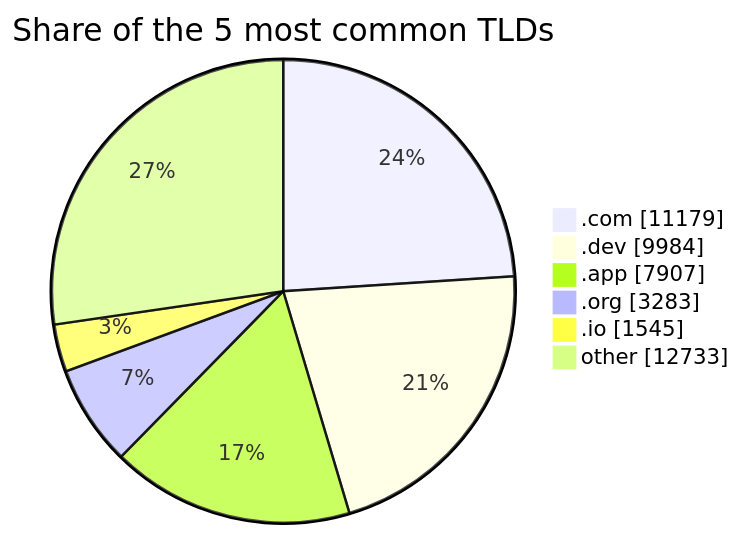
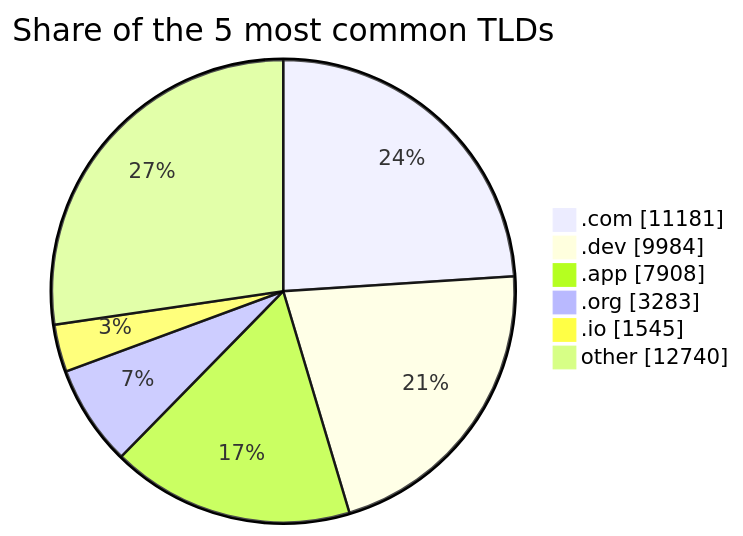
Before and after one commit to DNSBunker/CTI: the third of 3 diagrams in README.md, drawn with Mermaid. The commit also changed other lines of this file and 3 other files, not shown here.

````diff
--- a/README.md
+++ b/README.md
@@ -81,9 +81,9 @@
 ```mermaid
 pie showData title Share of the 5 most common TLDs
-    ".com" : 11179
+    ".com" : 11181
     ".dev" : 9984
-    ".app" : 7907
+    ".app" : 7908
     ".org" : 3283
     ".io" : 1545
-    "other" : 12733
+    "other" : 12740
 ```
````
